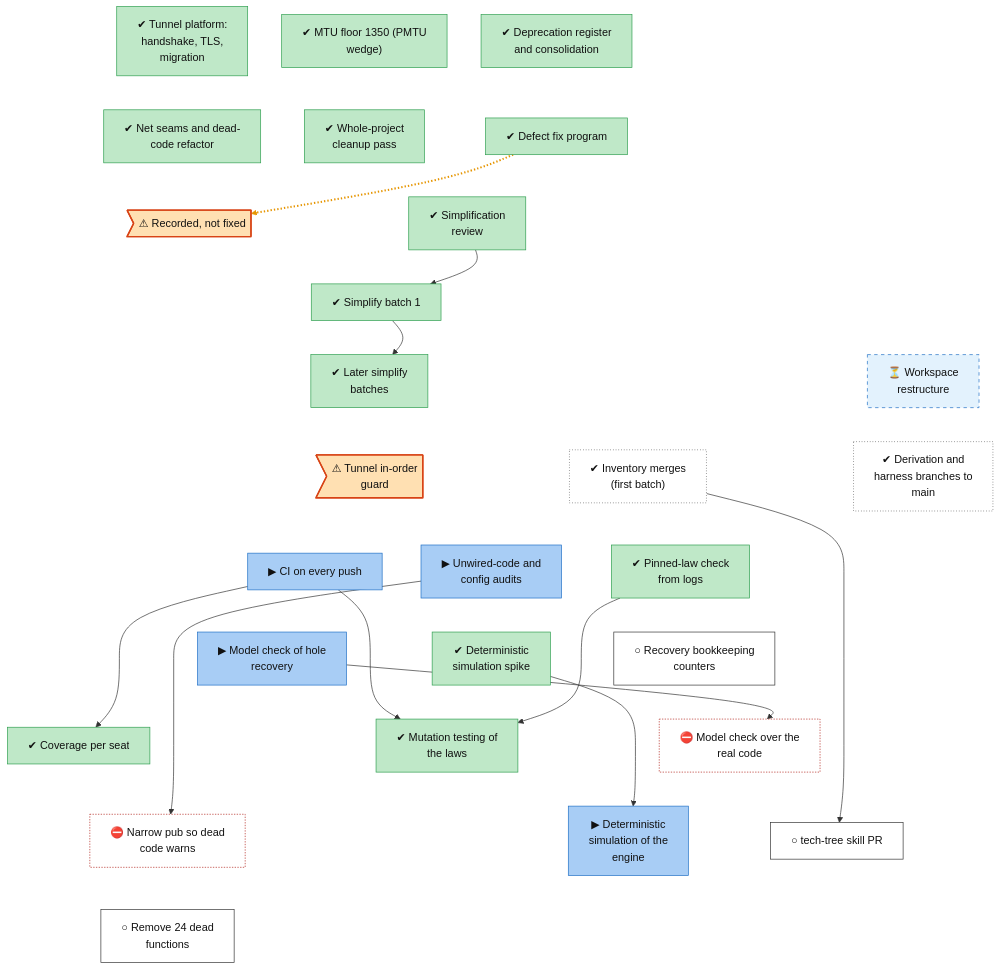
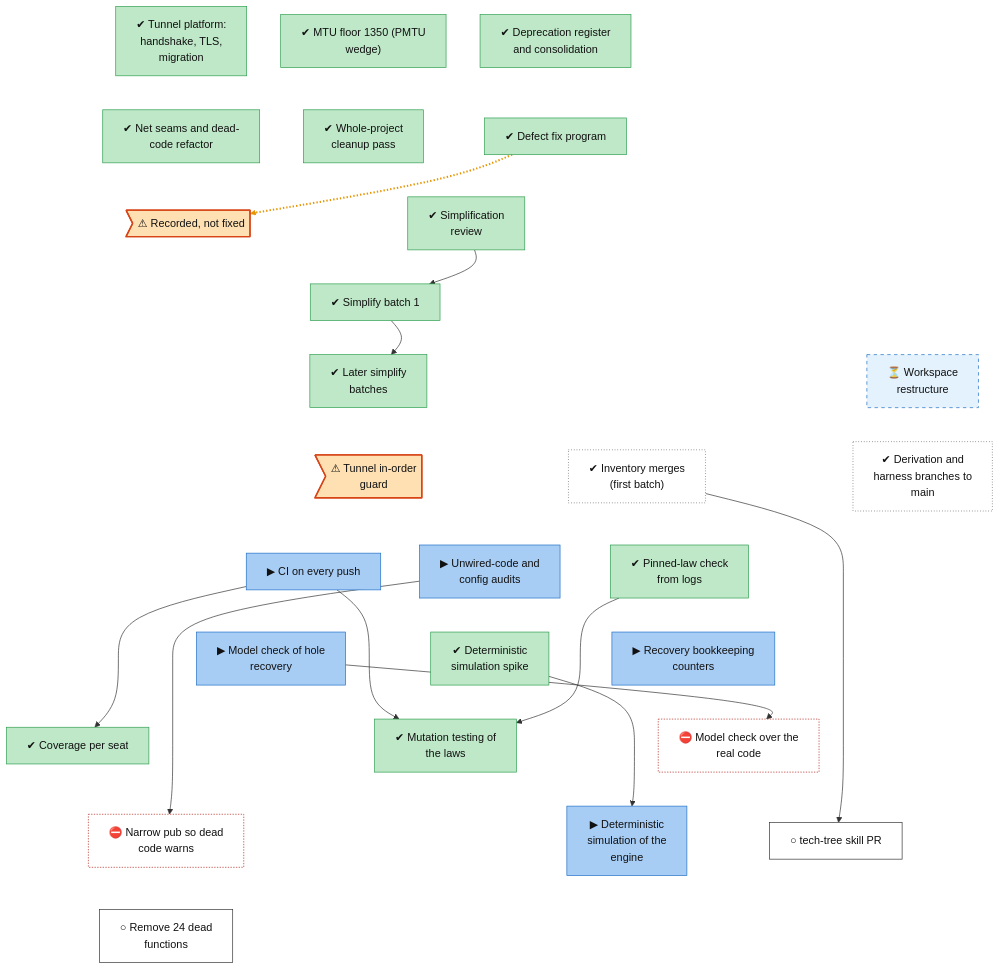
One commit to lhns/raptorpath changed the diagram in docs/roadmap/tracks/infra.md. Above: the diagram before and after it, drawn with Mermaid. The commit also changed other lines of this file and 6 other files, not shown here.

Commit message:
roadmap: states and notes for the running test-plan and engine-branch work

````diff
--- a/docs/roadmap/tracks/infra.md
+++ b/docs/roadmap/tracks/infra.md
@@ -28,7 +28,7 @@
     infra_test_pinned_law_check["✔ Pinned-law check<br/>from logs"]
     infra_test_recovery_model["▶ Model check of hole<br/>recovery"]
     infra_test_sim_spike["✔ Deterministic<br/>simulation spike"]
-    infra_test_recovery_counters["○ Recovery bookkeeping<br/>counters"]
+    infra_test_recovery_counters["▶ Recovery bookkeeping<br/>counters"]
     infra_test_seat_coverage["✔ Coverage per seat"]
     infra_test_mutation["✔ Mutation testing of<br/>the laws"]
     infra_test_model_real_decisions["⛔ Model check over the<br/>real code"]
@@ -90,7 +90,7 @@
     class infra_defect_recorded_not_fixed,infra_tunnel_inorder_guard defect
     class infra_restructure waiting
     class infra_inventory_merges,infra_derivation_merges unrated
-    class infra_test_ci_gate,infra_test_static_audits,infra_test_recovery_model,infra_test_sim_engine inprog
-    class infra_test_recovery_counters,infra_tech_tree_skill,infra_dead_code_batch next
+    class infra_test_ci_gate,infra_test_static_audits,infra_test_recovery_model,infra_test_recovery_counters,infra_test_sim_engine inprog
     class infra_test_model_real_decisions,infra_test_pub_narrowing blocked
+    class infra_tech_tree_skill,infra_dead_code_batch next
 ```
````
